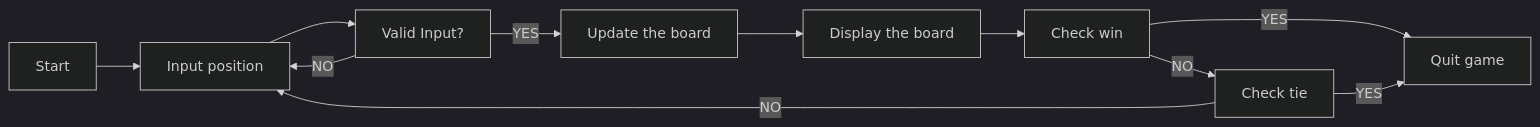
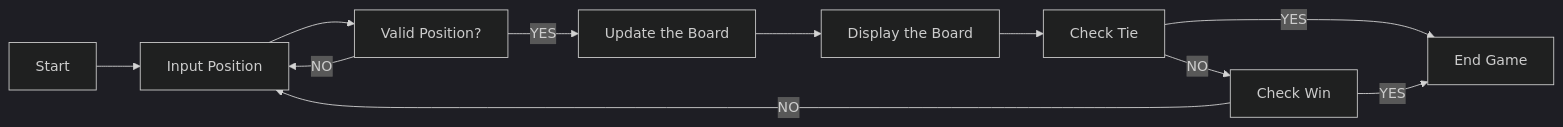
One commit to xiangshiyin/python-for-kids changed the first of 2 diagrams in 2023-2024/2024-01-27/README.md. Above: the diagram before and after it, drawn with Mermaid (dark theme). The commit also changed other lines of this file, not shown here.

Commit message:
flow chart updated

````diff
--- a/2023-2024/2024-01-27/README.md
+++ b/2023-2024/2024-01-27/README.md
@@ -24,13 +29,13 @@
 ```mermaid
 graph LR;
-    A[Start] --> B[Input position];
-    B --> H[Valid Input?];
-    H --> |YES| C[Update the board];
+    A[Start] --> B[Input Position];
+    B --> H[Valid Position?];
+    H --> |YES| C[Update the Board];
     H --> |NO| B;
-    C --> D[Display the board];
-    D --> E[Check win];
-    E --> |YES|F[Quit game];
-    E --> |NO|G[Check tie];
+    C --> D[Display the Board];
+    D --> E[Check Tie];
+    E --> |YES|F[End Game];
+    E --> |NO|G[Check Win];
     G --> |YES|F;
     G --> |NO|B;
 ```
````
